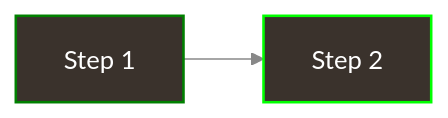
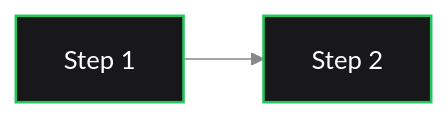
One commit to dagu-org/dagu changed the first of 2 diagrams in README.md. Above: the diagram before and after it, drawn with Mermaid. The commit also changed other lines of this file and 2 other files, not shown here.

````diff
--- a/README.md
+++ b/README.md
@@ -167,7 +128,7 @@
 ```mermaid
-%%{init: {'theme': 'base', 'themeVariables': {'background': '#3A322C', 'primaryTextColor': '#fff', 'lineColor': '#888'}}}%%
+%%{init: {'theme': 'base', 'themeVariables': {'background': '#18181B', 'primaryTextColor': '#fff', 'lineColor': '#888'}}}%%
 graph LR
     A["Step 1"] --> B["Step 2"]
-    style A fill:#3A322C,stroke:green,stroke-width:1.6px,color:#fff
-    style B fill:#3A322C,stroke:lime,stroke-width:1.6px,color:#fff
+    style A fill:#18181B,stroke:#22C55E,stroke-width:1.6px,color:#fff
+    style B fill:#18181B,stroke:#22C55E,stroke-width:1.6px,color:#fff
 ```
````
